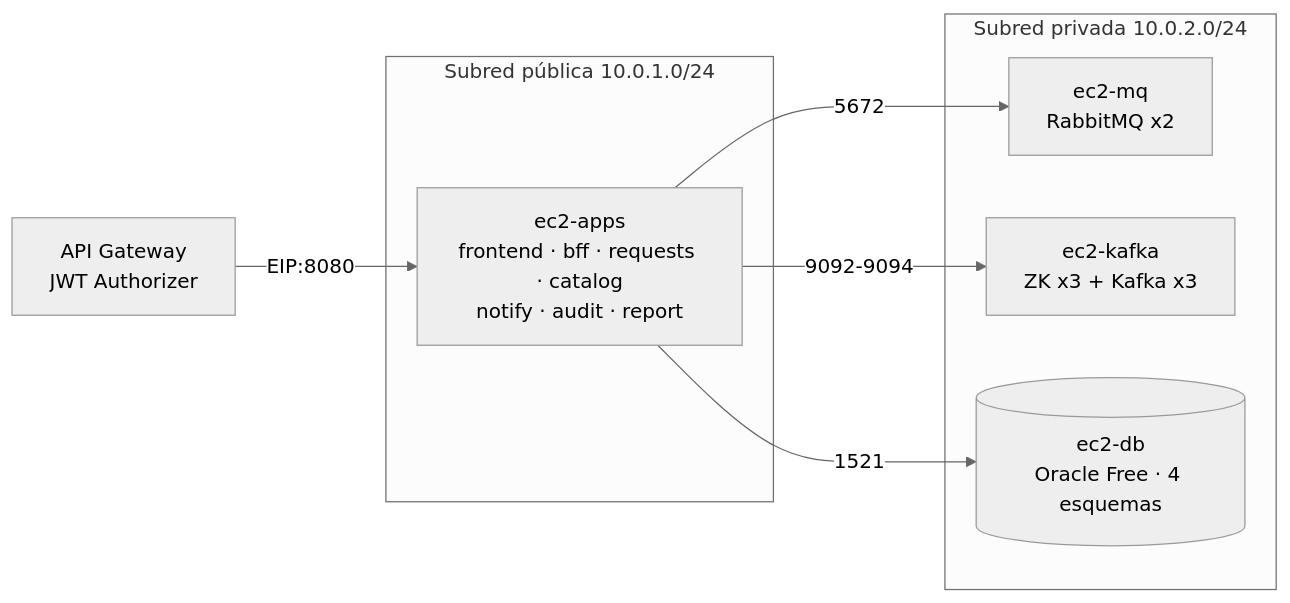
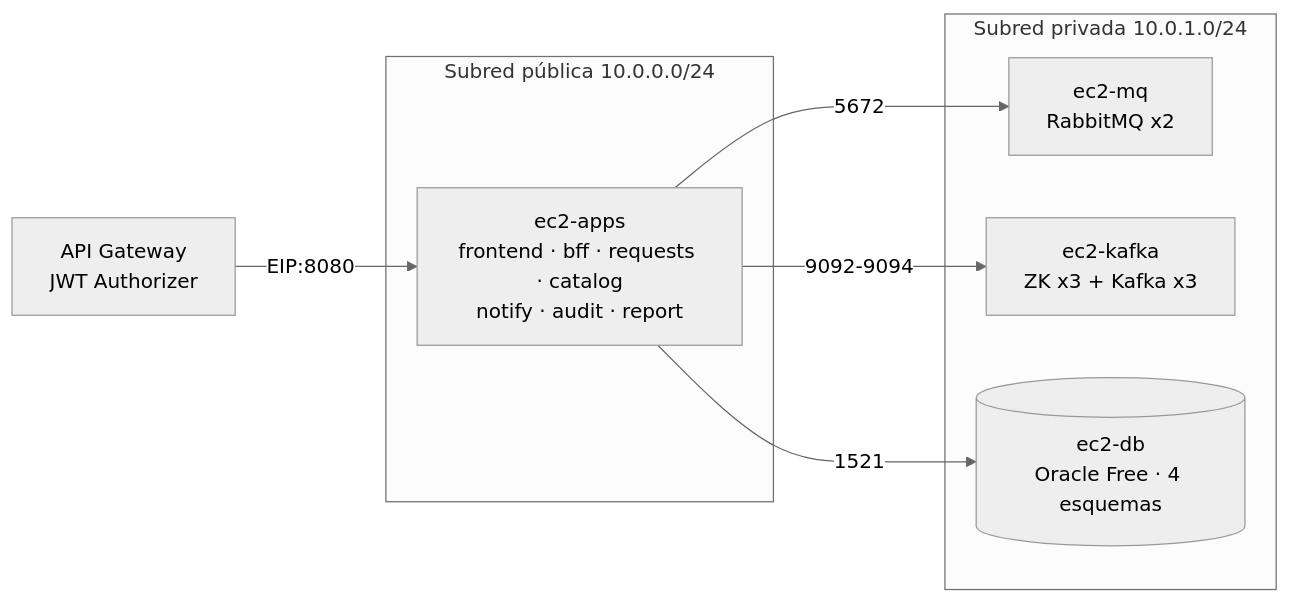
Before and after one commit to PhamNukz/barriodigital-docs: the third of 3 diagrams in arquitectura.md, drawn with Mermaid (neutral theme). The commit also changed 3 other files, not shown here.

````diff
--- a/arquitectura.md
+++ b/arquitectura.md
@@ -57,15 +57,15 @@
 ```mermaid
 flowchart LR
     GW[API Gateway<br/>JWT Authorizer] -->|EIP:8080| APPS
-    subgraph PUB[Subred pública 10.0.1.0/24]
+    subgraph PUB[Subred pública 10.0.0.0/24]
         APPS[ec2-apps<br/>frontend · bff · requests · catalog<br/>notify · audit · report]
     end
-    subgraph PRIV[Subred privada 10.0.2.0/24]
+    subgraph PRIV[Subred privada 10.0.1.0/24]
         MQ[ec2-mq<br/>RabbitMQ x2]
         KAFKA[ec2-kafka<br/>ZK x3 + Kafka x3]
         DB[(ec2-db<br/>Oracle Free · 4 esquemas)]
     end
     APPS -->|5672| MQ
     APPS -->|9092-9094| KAFKA
     APPS -->|1521| DB
 ```
````
